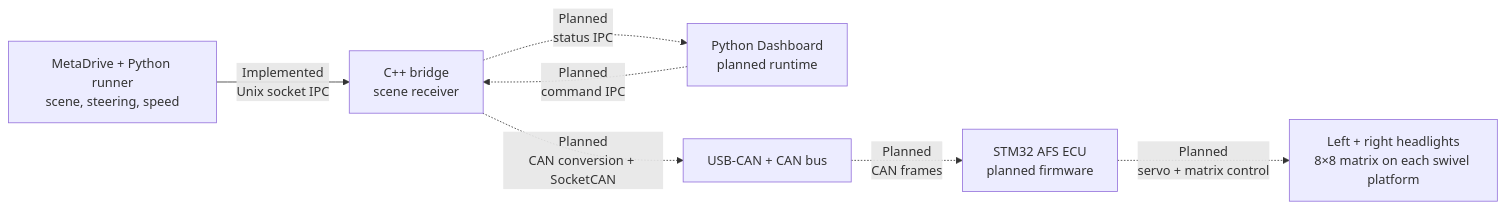
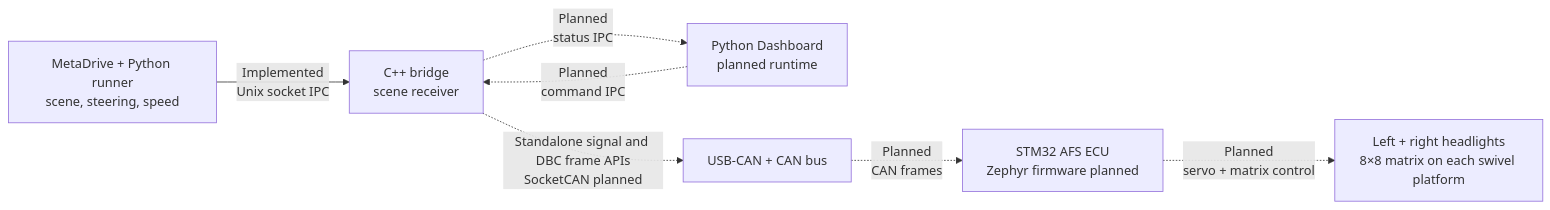
Before and after one commit to namtruonghoang1909/Adaptive-Frontlighting-System: the diagram in README.md, drawn with Mermaid. The commit also changed other lines of this file and 9 other files, not shown here.

````diff
--- a/README.md
+++ b/README.md
@@ -9,9 +9,9 @@
 ```mermaid
 flowchart LR
     SIM["MetaDrive + Python runner<br/>scene, steering, speed"] -->|"Implemented<br/>Unix socket IPC"| BRIDGE["C++ bridge<br/>scene receiver"]
     DASH["Python Dashboard<br/>planned runtime"] -.->|"Planned<br/>command IPC"| BRIDGE
     BRIDGE -.->|"Planned<br/>status IPC"| DASH
-    BRIDGE -.->|"Planned<br/>CAN conversion + SocketCAN"| BUS["USB-CAN + CAN bus"]
-    BUS -.->|"Planned<br/>CAN frames"| ECU["STM32 AFS ECU<br/>planned firmware"]
+    BRIDGE -.->|"Standalone signal and DBC frame APIs<br/>SocketCAN planned"| BUS["USB-CAN + CAN bus"]
+    BUS -.->|"Planned<br/>CAN frames"| ECU["STM32 AFS ECU<br/>Zephyr firmware planned"]
     ECU -.->|"Planned<br/>servo + matrix control"| LAMPS["Left + right headlights<br/>8×8 matrix on each swivel platform"]
 ```
````
